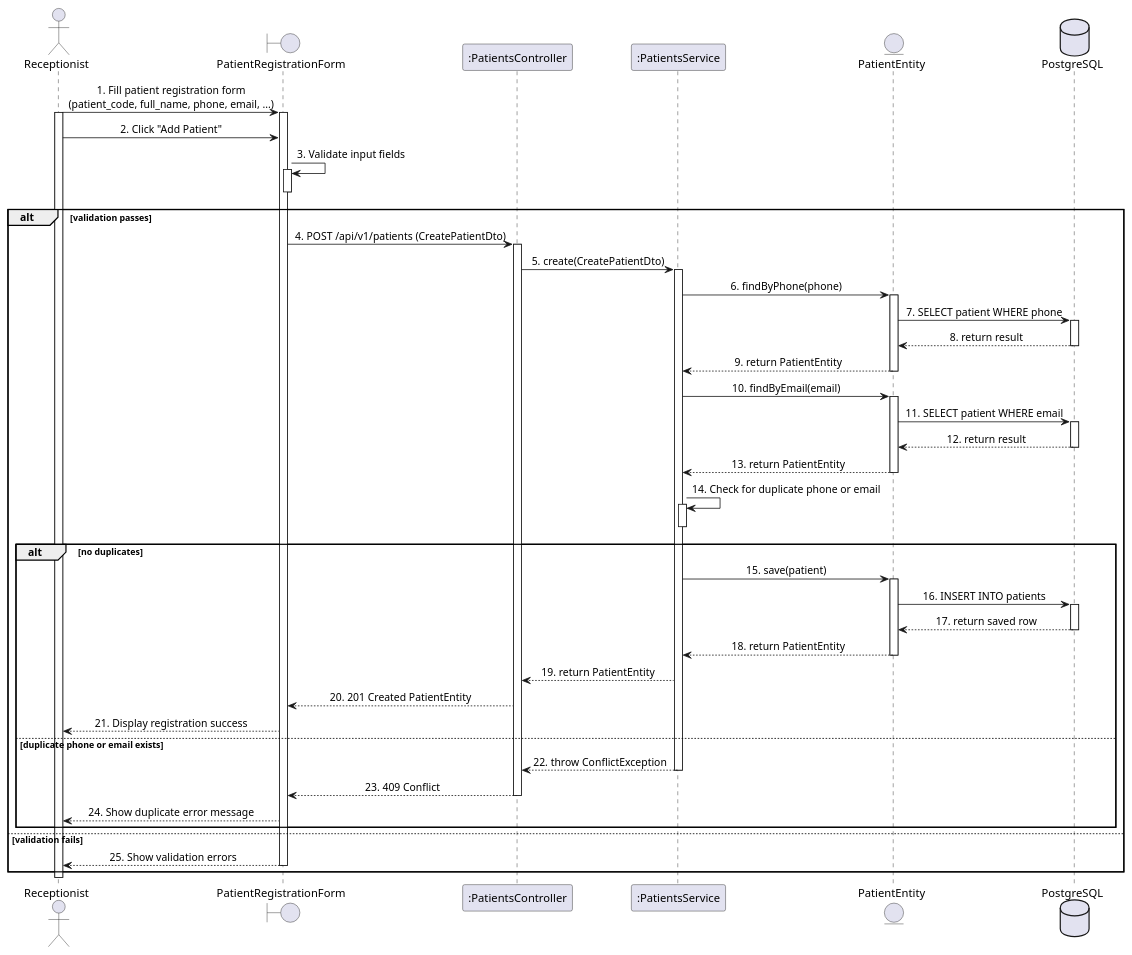
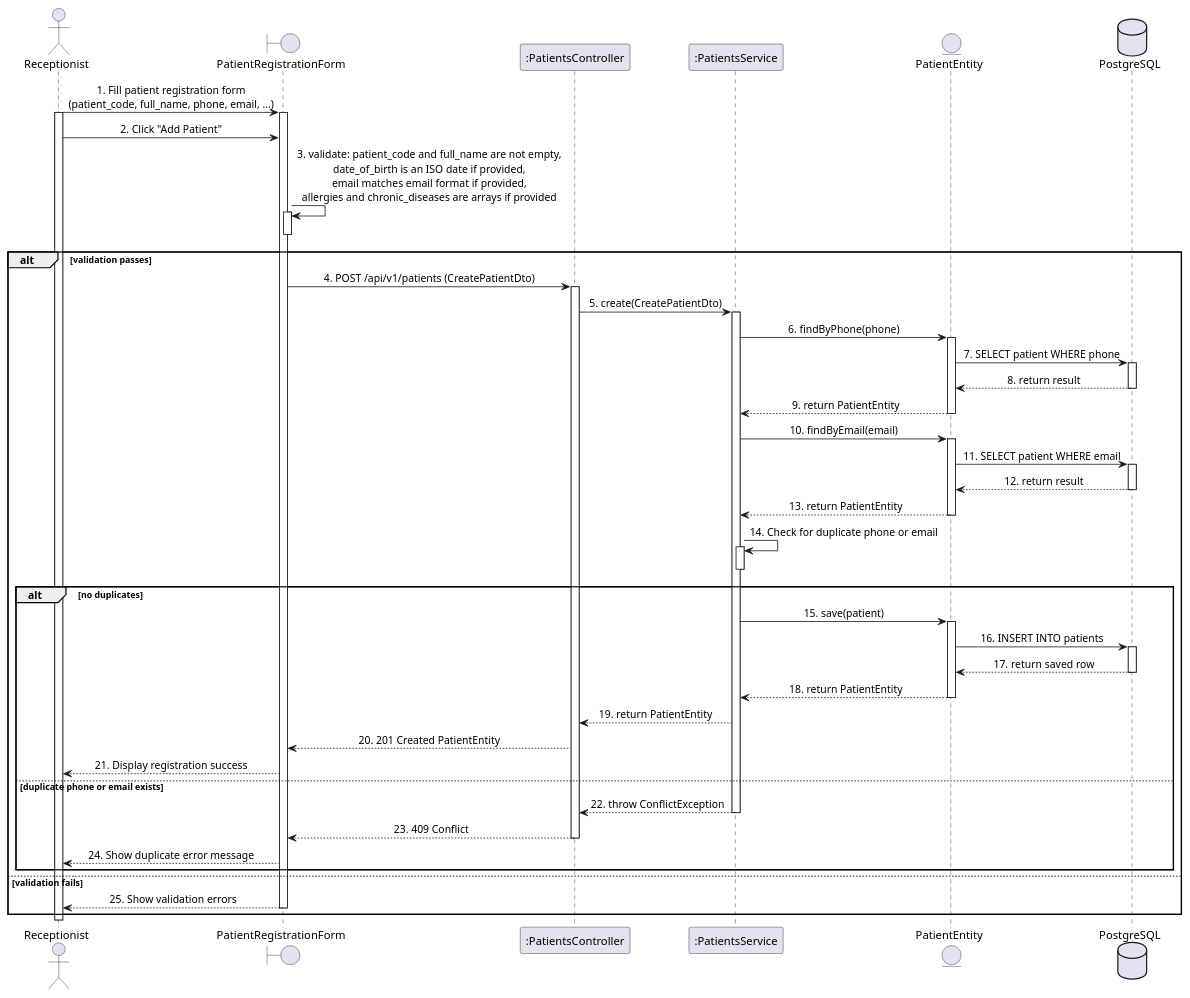
Before and after one commit to LTPPPP/Smart-Medical-Intelligent-Ledger-for-E-health-S.M.I.L.E-: the diagram in docs/sequence-diagram/UC37_AddPatientProfile.puml, drawn with PlantUML. The commit also changed 31 other files, not shown here.

```diff
--- a/docs/sequence-diagram/UC37_AddPatientProfile.puml
+++ b/docs/sequence-diagram/UC37_AddPatientProfile.puml
@@ -1,79 +1,79 @@
 @startuml SequenceDiagram
 skinparam shadowing false
 skinparam sequenceMessageAlign center
 actor "Receptionist" as user
 boundary "PatientRegistrationForm" as form
 participant ":PatientsController" as ctrl
 participant ":PatientsService" as svc
 entity "PatientEntity" as patEntity
 database "PostgreSQL" as db
 
 user -> form : 1. Fill patient registration form\n(patient_code, full_name, phone, email, ...)
 activate user
 activate form
 
 user -> form : 2. Click "Add Patient"
 
-form -> form : 3. Validate input fields
+form -> form : 3. validate: patient_code and full_name are not empty,\ndate_of_birth is an ISO date if provided,\nemail matches email format if provided,\nallergies and chronic_diseases are arrays if provided
 activate form
 deactivate form
 alt validation passes
   form -> ctrl : 4. POST /api/v1/patients (CreatePatientDto)
   activate ctrl
 
   ctrl -> svc : 5. create(CreatePatientDto)
   activate svc
 
   svc -> patEntity : 6. findByPhone(phone)
   activate patEntity
   patEntity -> db : 7. SELECT patient WHERE phone
   activate db
   db --> patEntity : 8. return result
   deactivate db
   patEntity --> svc : 9. return PatientEntity
   deactivate patEntity
 
   svc -> patEntity : 10. findByEmail(email)
   activate patEntity
   patEntity -> db : 11. SELECT patient WHERE email
   activate db
   db --> patEntity : 12. return result
   deactivate db
   patEntity --> svc : 13. return PatientEntity
   deactivate patEntity
 
   svc -> svc : 14. Check for duplicate phone or email
   activate svc
   deactivate svc
   alt no duplicates
     svc -> patEntity : 15. save(patient)
     activate patEntity
     patEntity -> db : 16. INSERT INTO patients
     activate db
     db --> patEntity : 17. return saved row
     deactivate db
     patEntity --> svc : 18. return PatientEntity
     deactivate patEntity
 
     svc --> ctrl : 19. return PatientEntity
 
     ctrl --> form : 20. 201 Created PatientEntity
 
     form --> user : 21. Display registration success
   else duplicate phone or email exists
     svc --> ctrl : 22. throw ConflictException
     deactivate svc
 
     ctrl --> form : 23. 409 Conflict
     deactivate ctrl
 
     form --> user : 24. Show duplicate error message
   end
 else validation fails
   form --> user : 25. Show validation errors
   deactivate form
 end
 
 deactivate user
 
 @enduml
```
